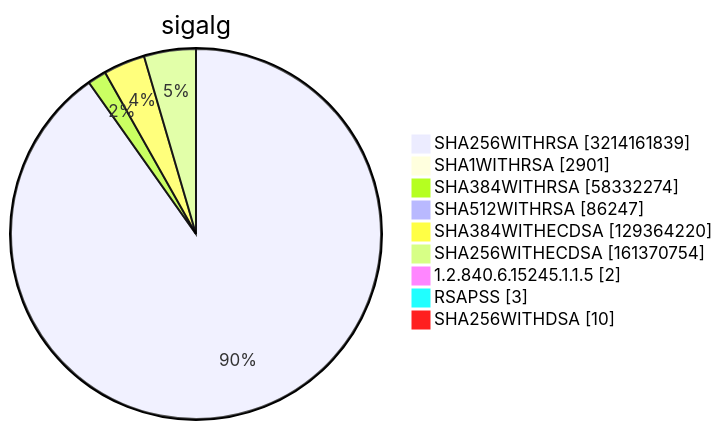
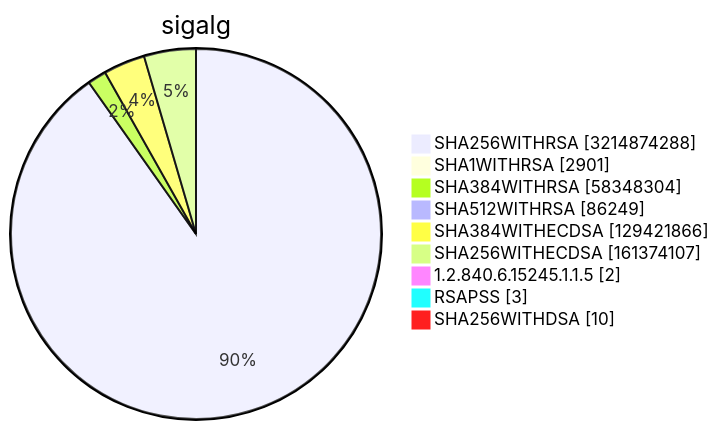
Diagram 15 of 15 in TOTAL/README.md (christiankrug/ctmonitor_visualization), drawn with Mermaid before and after one commit. The commit also changed other lines of this file, not shown here.

````diff
--- a/TOTAL/README.md
+++ b/TOTAL/README.md
@@ -6217,13 +6217,13 @@
 ```mermaid
 pie showData
 title sigalg
-"SHA256WITHRSA" :3214161839
+"SHA256WITHRSA" :3214874288
 "SHA1WITHRSA" :2901
-"SHA384WITHRSA" :58332274
-"SHA512WITHRSA" :86247
-"SHA384WITHECDSA" :129364220
-"SHA256WITHECDSA" :161370754
+"SHA384WITHRSA" :58348304
+"SHA512WITHRSA" :86249
+"SHA384WITHECDSA" :129421866
+"SHA256WITHECDSA" :161374107
 "1.2.840.6.15245.1.1.5" :2
 "RSAPSS" :3
 "SHA256WITHDSA" :10
 ```
````
